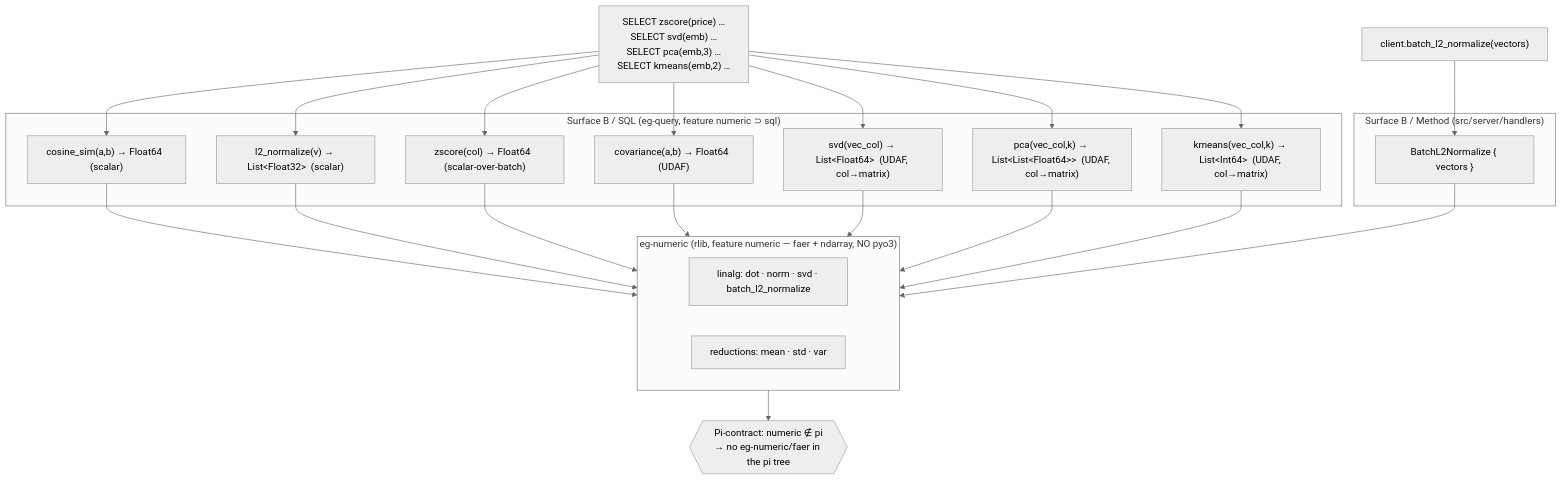
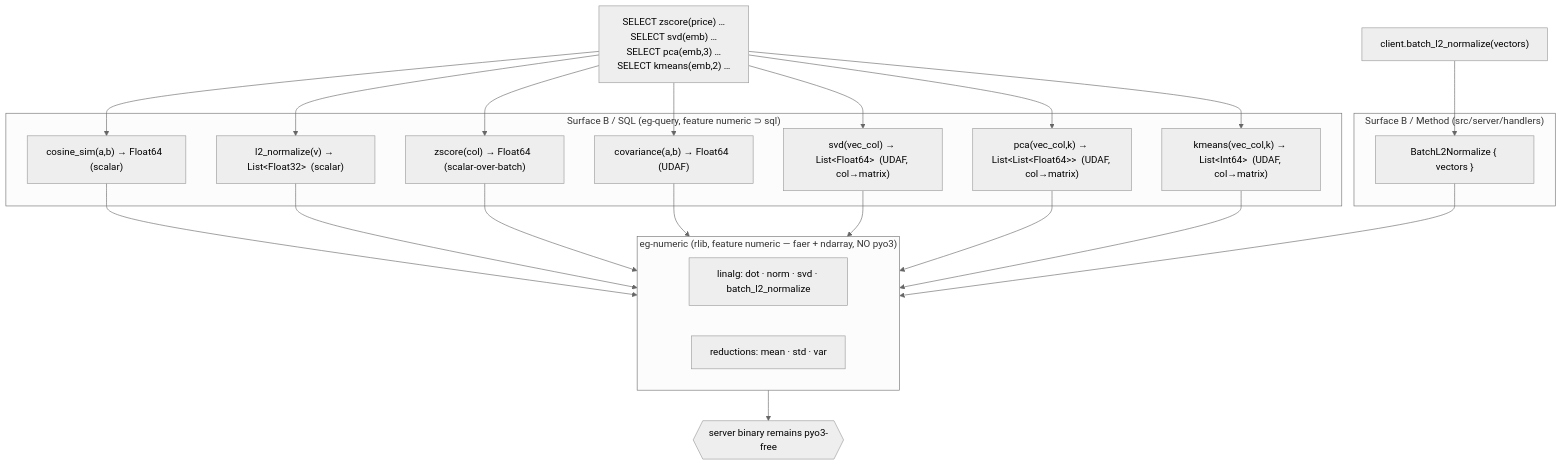
Before and after one commit to Knuckles-Team/epistemic-graph: the second of 3 diagrams in docs/architecture/numeric_kernel.md, drawn with Mermaid (neutral theme). The commit also changed other lines of this file and 857 other files, not shown here.

First line of the commit message:
feat(eg): assimilate advanced epistemic-graph 2.23.1

````diff
--- a/docs/architecture/numeric_kernel.md
+++ b/docs/architecture/numeric_kernel.md
@@ -182,23 +181,23 @@
 ```mermaid
 flowchart TD
     subgraph kernel["eg-numeric (rlib, feature numeric — faer + ndarray, NO pyo3)"]
       K1["linalg: dot · norm · svd · batch_l2_normalize"]
       K2["reductions: mean · std · var"]
     end
     subgraph sql["Surface B / SQL  (eg-query, feature numeric ⊃ sql)"]
       U1["cosine_sim(a,b) → Float64  (scalar)"]
       U2["l2_normalize(v) → List&lt;Float32&gt;  (scalar)"]
       U3["zscore(col) → Float64  (scalar-over-batch)"]
       U4["covariance(a,b) → Float64  (UDAF)"]
       U5["svd(vec_col) → List&lt;Float64&gt;  (UDAF, col→matrix)"]
       U6["pca(vec_col,k) → List&lt;List&lt;Float64&gt;&gt;  (UDAF, col→matrix)"]
       U7["kmeans(vec_col,k) → List&lt;Int64&gt;  (UDAF, col→matrix)"]
     end
     subgraph rpc["Surface B / Method  (src/server/handlers)"]
       M1["BatchL2Normalize { vectors }"]
     end
     SQL["SELECT zscore(price) …\nSELECT svd(emb) …\nSELECT pca(emb,3) …\nSELECT kmeans(emb,2) …"] --> U1 & U2 & U3 & U4 & U5 & U6 & U7
     U1 & U2 & U3 & U4 & U5 & U6 & U7 --> kernel
     client["client.batch_l2_normalize(vectors)"] --> M1 --> kernel
-    kernel --> pi{{"Pi-contract: numeric ∉ pi\n→ no eg-numeric/faer in the pi tree"}}
+    kernel --> boundary{{"server binary remains pyo3-free"}}
 ```
````
